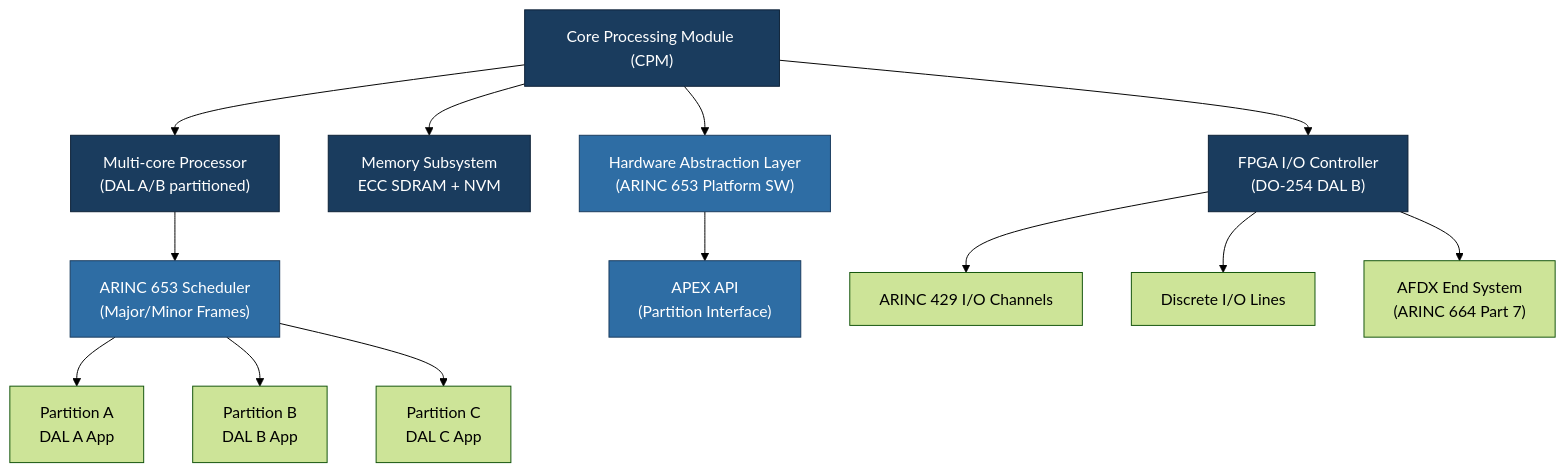
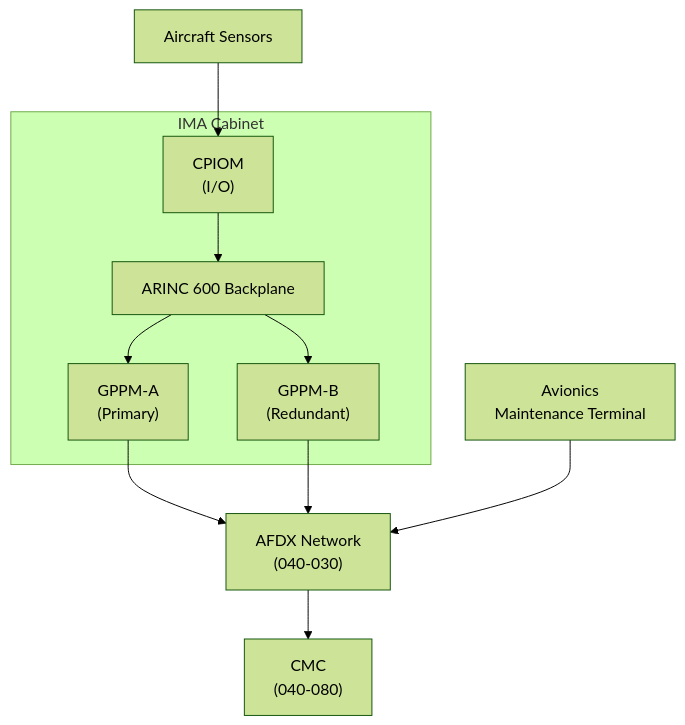
Before and after one commit to AmedeoPelliccia/Qplus-For-All-Queer-People-and-Quantum: the first of 3 diagrams in Q+ATLANTIDE/000-099_ATLAS/040-049_Avionica-Informacion-y-APU/040_Multisystem/040-020-Core-Processing-and-Computing-Platforms.md, drawn with Mermaid (forest theme). The commit also changed other lines of this file and 6 other files, not shown here.

````diff
--- a/Q+ATLANTIDE/000-099_ATLAS/040-049_Avionica-Informacion-y-APU/040_Multisystem/040-020-Core-Processing-and-Computing-Platforms.md
+++ b/Q+ATLANTIDE/000-099_ATLAS/040-049_Avionica-Informacion-y-APU/040_Multisystem/040-020-Core-Processing-and-Computing-Platforms.md
@@ -67,24 +138,17 @@
 ```mermaid
-flowchart TD
-    CPM["Core Processing Module (CPM)"]
-    CPM --> CPU["Multi-core Processor\n(DAL A/B partitioned)"]
-    CPM --> MEM["Memory Subsystem\nECC SDRAM + NVM"]
-    CPM --> FPGA_IO["FPGA I/O Controller\n(DO-254 DAL B)"]
-    CPM --> HAL["Hardware Abstraction Layer\n(ARINC 653 Platform SW)"]
+graph TB
+    subgraph IMA_CAB["IMA Cabinet"]
+        GPPM1["GPPM-A\n(Primary)"]
+        GPPM2["GPPM-B\n(Redundant)"]
+        CPIOM["CPIOM\n(I/O)"]
+        BP["ARINC 600 Backplane"]
+    end
+    AFDX["AFDX Network\n(040-030)"]
+    Sensors["Aircraft Sensors"]
+    CMC["CMC\n(040-080)"]
+    AMT["Avionics\nMaintenance Terminal"]
 
-    CPU --> SCHED["ARINC 653 Scheduler\n(Major/Minor Frames)"]
-    HAL --> APEX["APEX API\n(Partition Interface)"]
-
-    FPGA_IO --> BUS429["ARINC 429 I/O Channels"]
-    FPGA_IO --> DISC["Discrete I/O Lines"]
-    FPGA_IO --> AFDX_ES["AFDX End System\n(ARINC 664 Part 7)"]
-
-    SCHED --> P_A["Partition A\nDAL A App"]
-    SCHED --> P_B["Partition B\nDAL B App"]
-    SCHED --> P_C["Partition C\nDAL C App"]
-
-    classDef hw fill:#1a3c5e,color:#fff,stroke:#0d2137
-    classDef sw fill:#2e6da4,color:#fff,stroke:#1a3c5e
-    class CPM,CPU,MEM,FPGA_IO hw
-    class HAL,APEX,SCHED sw
+    Sensors --> CPIOM --> BP --> GPPM1 & GPPM2
+    GPPM1 & GPPM2 --> AFDX --> CMC
+    AMT --> AFDX
 ```
````
